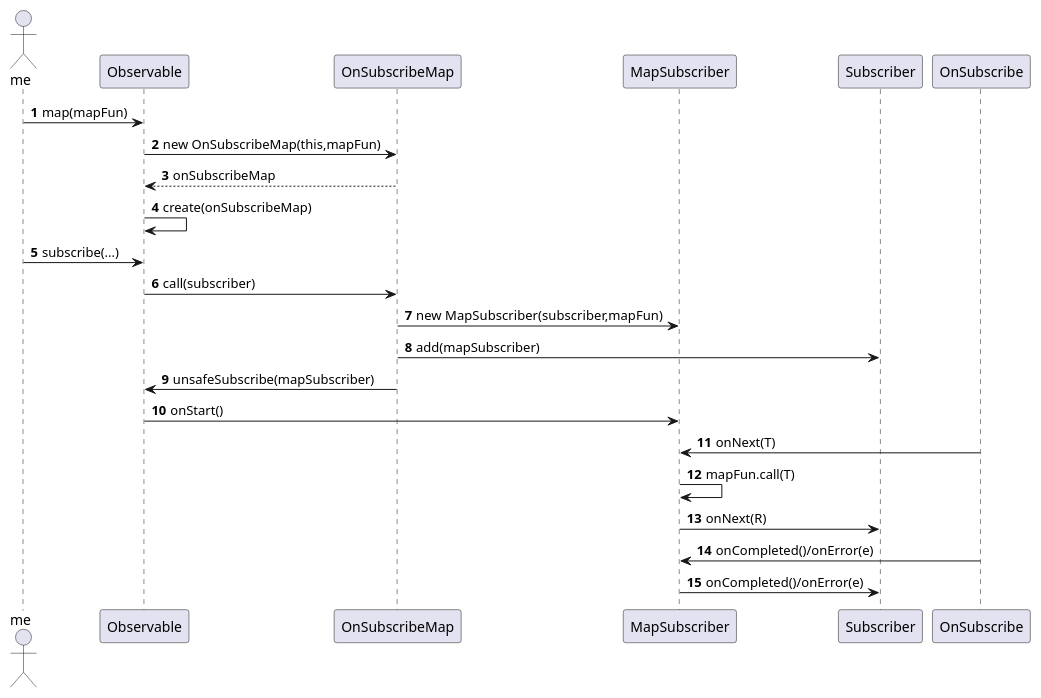
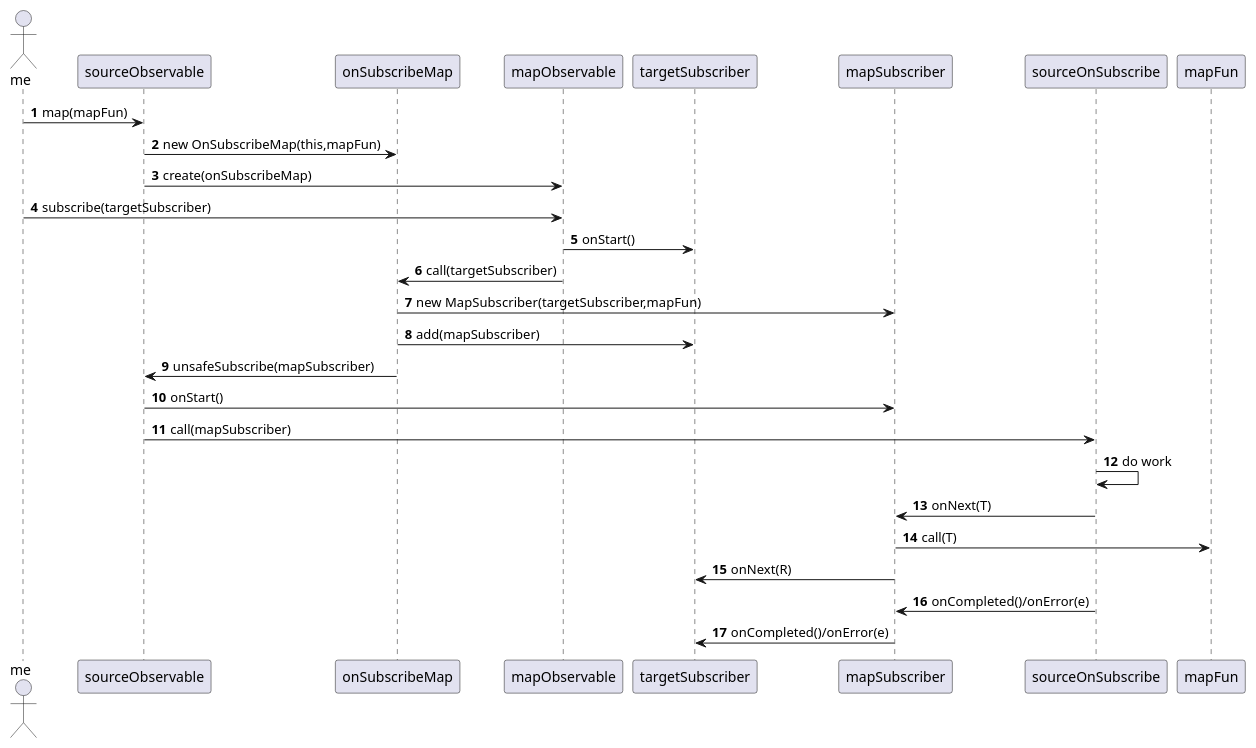
Before and after one commit to Blankeer/RxJava: the diagram in uml/map.puml, drawn with PlantUML. The commit also changed 1 other file, not shown here.

Commit message:
[ADD] change map.

```diff
--- a/uml/map.puml
+++ b/uml/map.puml
@@ -2,21 +2,23 @@
 @startuml
 autonumber
 actor me
-me -> Observable : map(mapFun)
-Observable -> OnSubscribeMap : new OnSubscribeMap(this,mapFun)
-OnSubscribeMap --> Observable : onSubscribeMap
-Observable -> Observable : create(onSubscribeMap)
-me -> Observable : subscribe(...)
-Observable -> OnSubscribeMap : call(subscriber)
-OnSubscribeMap -> MapSubscriber : new MapSubscriber(subscriber,mapFun)
-OnSubscribeMap -> Subscriber : add(mapSubscriber)
-OnSubscribeMap -> Observable : unsafeSubscribe(mapSubscriber)
-Observable -> MapSubscriber : onStart()
-OnSubscribe -> MapSubscriber : onNext(T)
-MapSubscriber -> MapSubscriber : mapFun.call(T)
-MapSubscriber -> Subscriber : onNext(R)
-OnSubscribe -> MapSubscriber : onCompleted()/onError(e)
-MapSubscriber -> Subscriber : onCompleted()/onError(e)
+me -> sourceObservable : map(mapFun)
+sourceObservable -> onSubscribeMap : new OnSubscribeMap(this,mapFun)
+sourceObservable -> mapObservable : create(onSubscribeMap)
+me -> mapObservable : subscribe(targetSubscriber)
+mapObservable -> targetSubscriber : onStart()
+mapObservable -> onSubscribeMap : call(targetSubscriber)
+onSubscribeMap -> mapSubscriber : new MapSubscriber(targetSubscriber,mapFun)
+onSubscribeMap -> targetSubscriber : add(mapSubscriber)
+onSubscribeMap -> sourceObservable : unsafeSubscribe(mapSubscriber)
+sourceObservable -> mapSubscriber : onStart()
+sourceObservable -> sourceOnSubscribe : call(mapSubscriber)
+sourceOnSubscribe -> sourceOnSubscribe : do work
+sourceOnSubscribe -> mapSubscriber : onNext(T)
+mapSubscriber -> mapFun : call(T)
+mapSubscriber -> targetSubscriber : onNext(R)
+sourceOnSubscribe -> mapSubscriber : onCompleted()/onError(e)
+mapSubscriber -> targetSubscriber : onCompleted()/onError(e)
 
 
 @enduml
```
